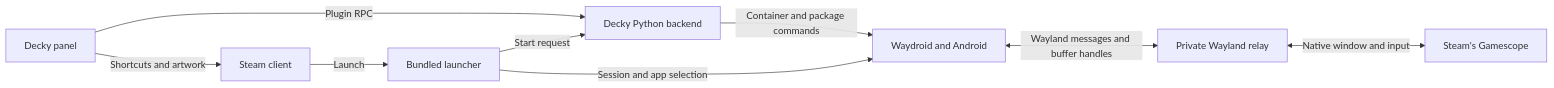
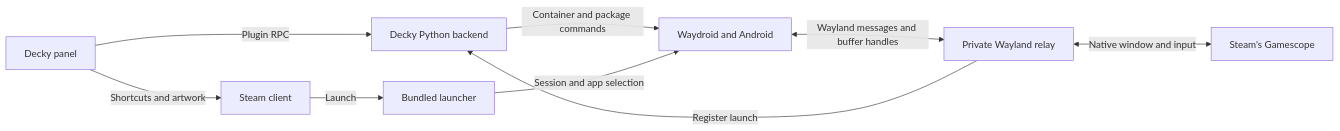
One commit to Raxcoms/decky-waydroid-manager changed the diagram in docs/architecture.md. Above: the diagram before and after it, drawn with Mermaid. The commit also changed other lines of this file and 1 other file, not shown here.

````diff
--- a/docs/architecture.md
+++ b/docs/architecture.md
@@ -3,11 +3,11 @@
 ```mermaid
 flowchart LR
     Panel["Decky panel"] -->|Plugin RPC| Backend["Decky Python backend"]
     Panel -->|Shortcuts and artwork| Steam["Steam client"]
     Backend -->|Container and package commands| Android["Waydroid and Android"]
     Steam -->|Launch| Launcher["Bundled launcher"]
-    Launcher -->|Start request| Backend
+    Relay -->|Register launch| Backend
     Launcher -->|Session and app selection| Android
     Android <-->|Wayland messages and buffer handles| Relay["Private Wayland relay"]
     Relay <-->|Native window and input| Gamescope["Steam's Gamescope"]
 ```
````
